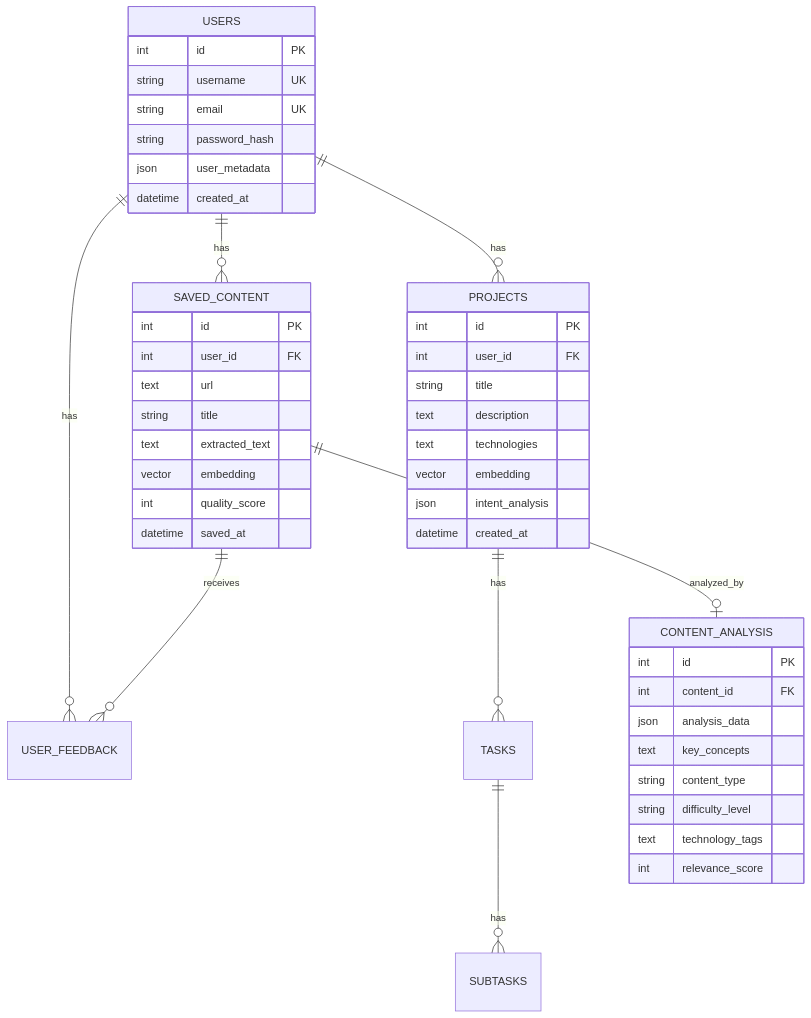
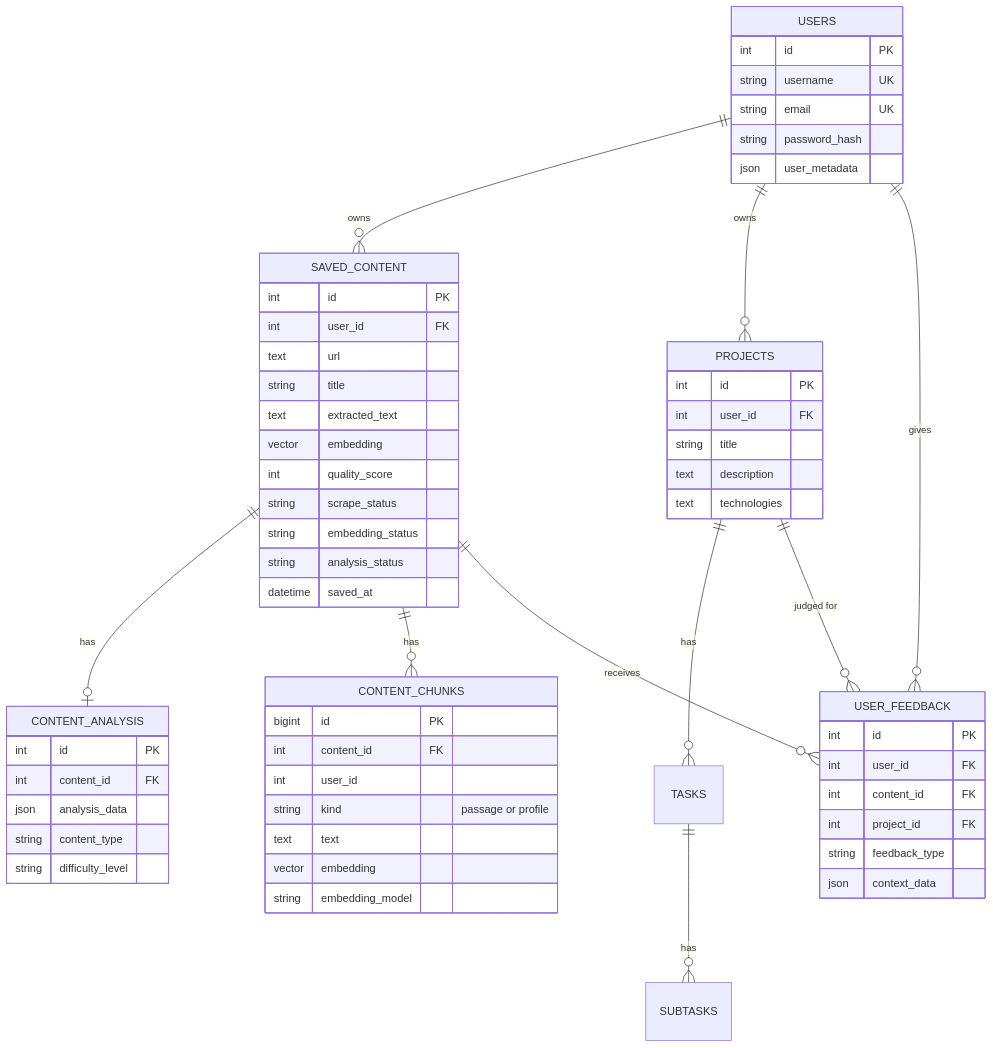
One commit to Ujjwaljain16/Fuze changed the second of 6 diagrams in docs/ARCHITECTURE.md. Above: the diagram before and after it, drawn with Mermaid. The commit also changed other lines of this file and 12 other files, not shown here.

Commit message:
docs: rewrite architecture, optimizations and user flows to match the code; replace the finished intent-engine plan with a recommendations guide and one decision record

````diff
--- a/docs/ARCHITECTURE.md
+++ b/docs/ARCHITECTURE.md
@@ -298,52 +82,64 @@
 ```mermaid
 erDiagram
-    USERS ||--o{ SAVED_CONTENT : has
-    USERS ||--o{ PROJECTS : has
-    USERS ||--o{ USER_FEEDBACK : has
+    USERS ||--o{ SAVED_CONTENT : owns
+    USERS ||--o{ PROJECTS : owns
+    USERS ||--o{ USER_FEEDBACK : gives
     PROJECTS ||--o{ TASKS : has
     TASKS ||--o{ SUBTASKS : has
-    SAVED_CONTENT ||--o| CONTENT_ANALYSIS : analyzed_by
+    SAVED_CONTENT ||--o| CONTENT_ANALYSIS : has
+    SAVED_CONTENT ||--o{ CONTENT_CHUNKS : has
     SAVED_CONTENT ||--o{ USER_FEEDBACK : receives
-    
+    PROJECTS ||--o{ USER_FEEDBACK : "judged for"
+
     USERS {
         int id PK
         string username UK
         string email UK
         string password_hash
         json user_metadata
-        datetime created_at
     }
-    
     SAVED_CONTENT {
         int id PK
         int user_id FK
         text url
         string title
         text extracted_text
         vector embedding
         int quality_score
+        string scrape_status
+        string embedding_status
+        string analysis_status
         datetime saved_at
     }
-    
+    CONTENT_CHUNKS {
+        bigint id PK
+        int content_id FK
+        int user_id
+        string kind "passage or profile"
+        text text
+        vector embedding
+        string embedding_model
+    }
+    CONTENT_ANALYSIS {
+        int id PK
+        int content_id FK
+        json analysis_data
+        string content_type
+        string difficulty_level
+    }
     PROJECTS {
         int id PK
         int user_id FK
         string title
         text description
         text technologies
-        vector embedding
-        json intent_analysis
-        datetime created_at
     }
-    
-    CONTENT_ANALYSIS {
+    USER_FEEDBACK {
         int id PK
+        int user_id FK
         int content_id FK
-        json analysis_data
-        text key_concepts
-        string content_type
-        string difficulty_level
-        text technology_tags
-        int relevance_score
+        int project_id FK
+        string feedback_type
+        json context_data
     }
 ```
````
